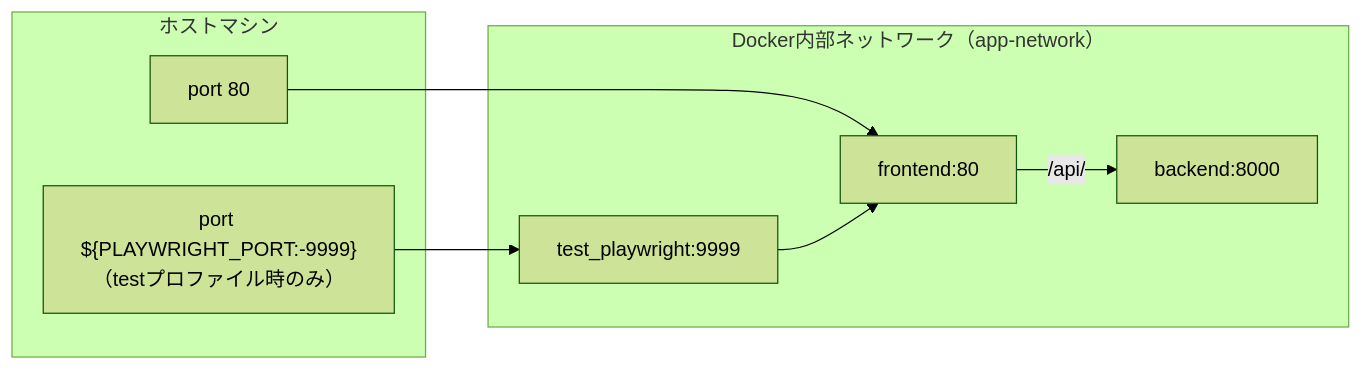
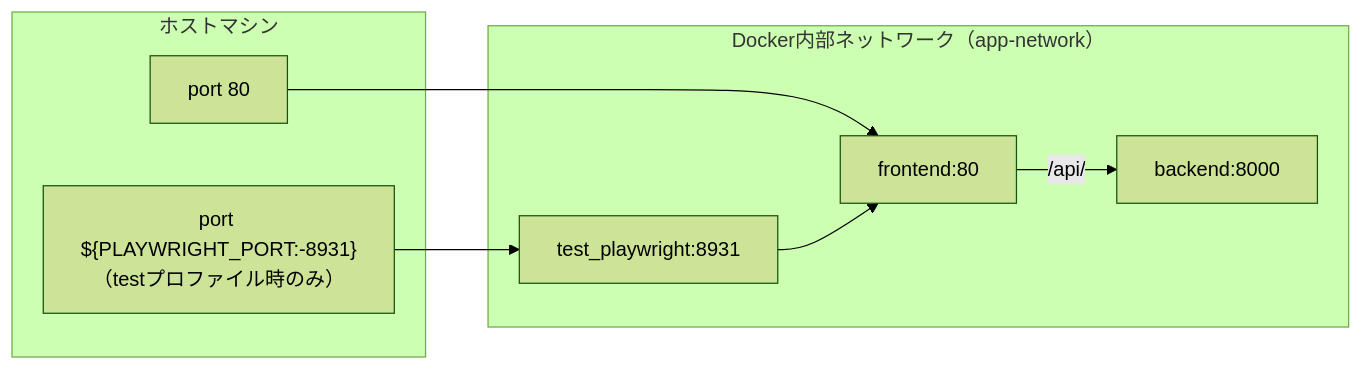
Before and after one commit to notfolder/roo_code_test: the second of 10 diagrams in doc/detail_design.md, drawn with Mermaid (forest theme). The commit also changed other lines of this file and 53 other files, not shown here.

````diff
--- a/doc/detail_design.md
+++ b/doc/detail_design.md
@@ -55,16 +55,16 @@
 ```mermaid
 graph LR
     subgraph host["ホストマシン"]
         Port80["port 80"]
-        Port9999["port ${PLAYWRIGHT_PORT:-9999}\n（testプロファイル時のみ）"]
+        Port8931["port ${PLAYWRIGHT_PORT:-8931}\n（testプロファイル時のみ）"]
     end
     subgraph docker["Docker内部ネットワーク（app-network）"]
         FE["frontend:80"]
         BE["backend:8000"]
-        PW["test_playwright:9999"]
+        PW["test_playwright:8931"]
     end
     Port80 --> FE
     FE -->|/api/| BE
-    Port9999 --> PW
+    Port8931 --> PW
     PW --> FE
 ```
````
